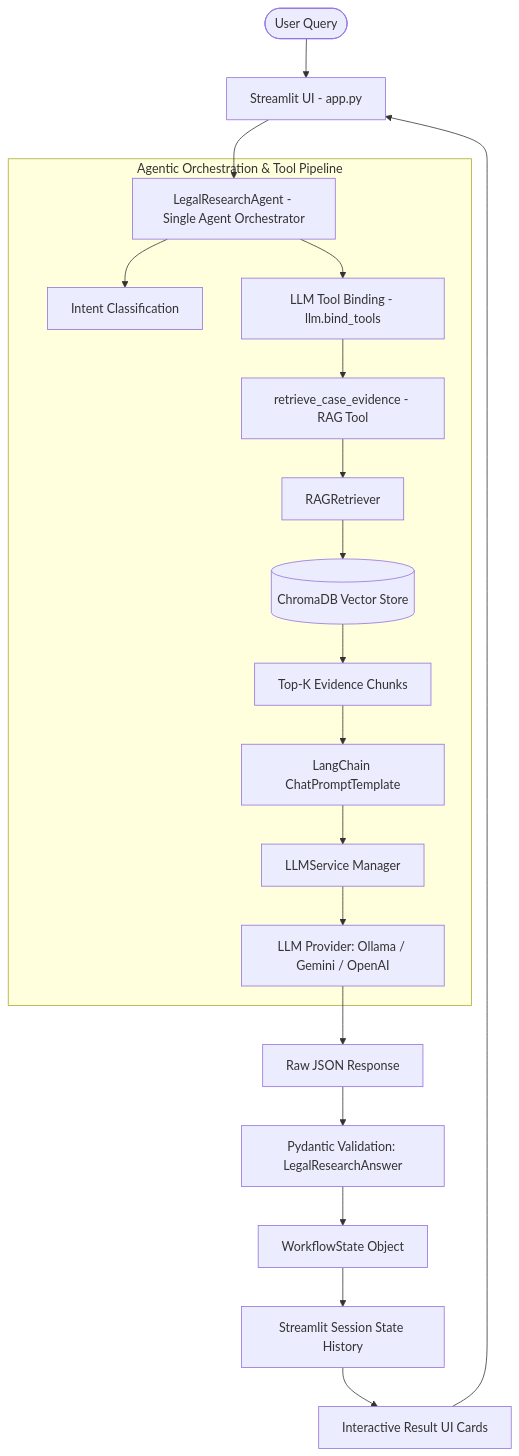
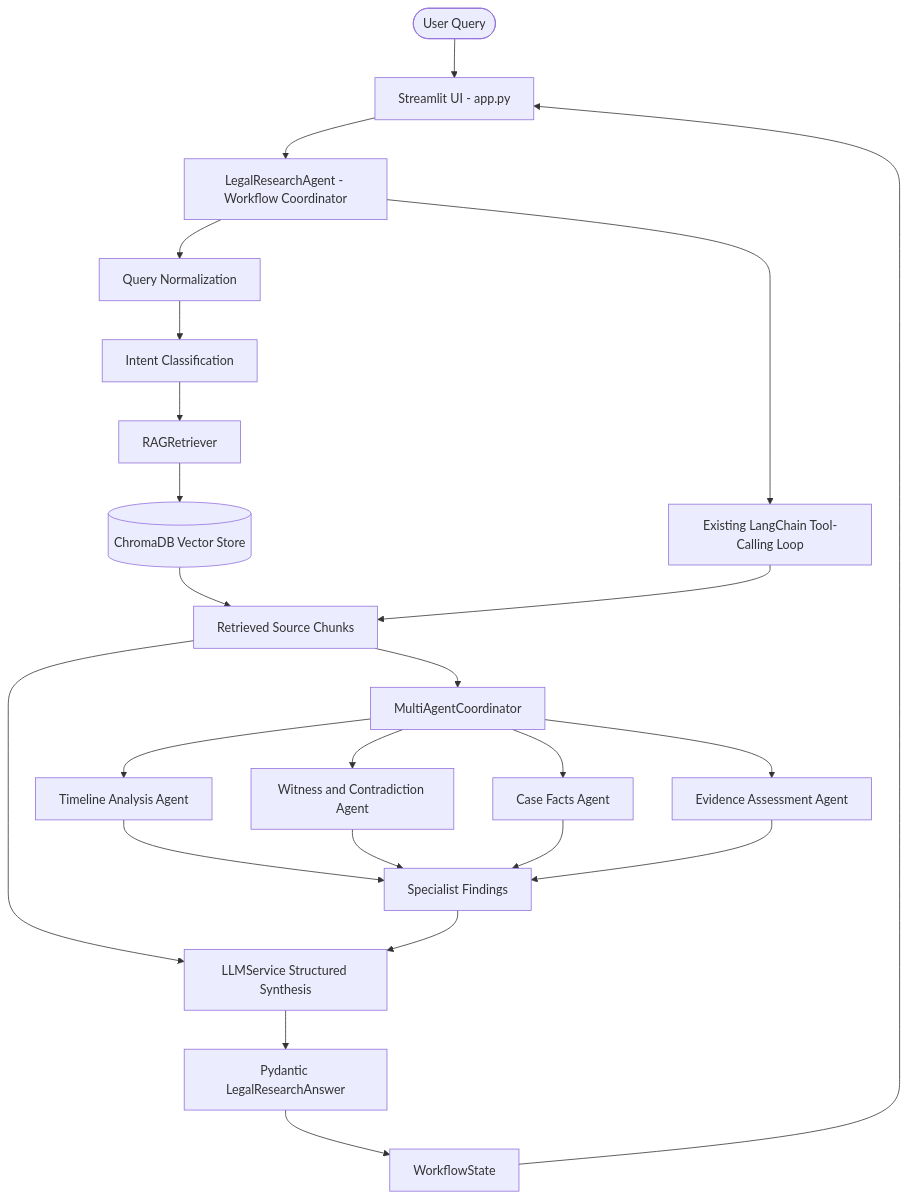
Before and after one commit to SathOps/Crime-Scene-Investigation-RAG: the second of 2 diagrams in README.md, drawn with Mermaid. The commit also changed other lines of this file, not shown here.

Commit message:
docs: update architecture for multi-agent workflow

````diff
--- a/README.md
+++ b/README.md
@@ -376,24 +385,26 @@
 ```mermaid
 flowchart TD
     User([User Query]) --> UI[Streamlit UI - app.py]
-    UI --> Agent[LegalResearchAgent - Single Agent Orchestrator]
-    
-    subgraph Agentic Orchestration & Tool Pipeline
-        Agent --> Intent[Intent Classification]
-        Agent --> Tools[LLM Tool Binding - llm.bind_tools]
-        Tools --> RAGTool[retrieve_case_evidence - RAG Tool]
-        RAGTool --> Ret[RAGRetriever]
-        Ret --> VectorStore[(ChromaDB Vector Store)]
-        VectorStore --> Chunks[Top-K Evidence Chunks]
-        Chunks --> Prompt[LangChain ChatPromptTemplate]
-        Prompt --> LLMService[LLMService Manager]
-        LLMService --> LLM[LLM Provider: Ollama / Gemini / OpenAI]
-    end
-
-    LLM --> JSON[Raw JSON Response]
-    JSON --> Pydantic[Pydantic Validation: LegalResearchAnswer]
-    Pydantic --> State[WorkflowState Object]
-    State --> Session[Streamlit Session State History]
-    Session --> Card[Interactive Result UI Cards]
-    Card --> UI
+    UI --> Coordinator[LegalResearchAgent - Workflow Coordinator]
+    Coordinator --> Normalize[Query Normalization]
+    Normalize --> Intent[Intent Classification]
+    Intent --> Retrieve[RAGRetriever]
+    Retrieve --> Store[(ChromaDB Vector Store)]
+    Store --> Evidence[Retrieved Source Chunks]
+    Evidence --> Specialists[MultiAgentCoordinator]
+    Specialists --> Timeline[Timeline Analysis Agent]
+    Specialists --> Witness[Witness and Contradiction Agent]
+    Specialists --> Facts[Case Facts Agent]
+    Specialists --> Assessment[Evidence Assessment Agent]
+    Timeline --> Findings[Specialist Findings]
+    Witness --> Findings
+    Facts --> Findings
+    Assessment --> Findings
+    Evidence --> Synthesis[LLMService Structured Synthesis]
+    Findings --> Synthesis
+    Coordinator --> Tools[Existing LangChain Tool-Calling Loop]
+    Tools --> Evidence
+    Synthesis --> Schema[Pydantic LegalResearchAnswer]
+    Schema --> State[WorkflowState]
+    State --> UI
 ```
````
